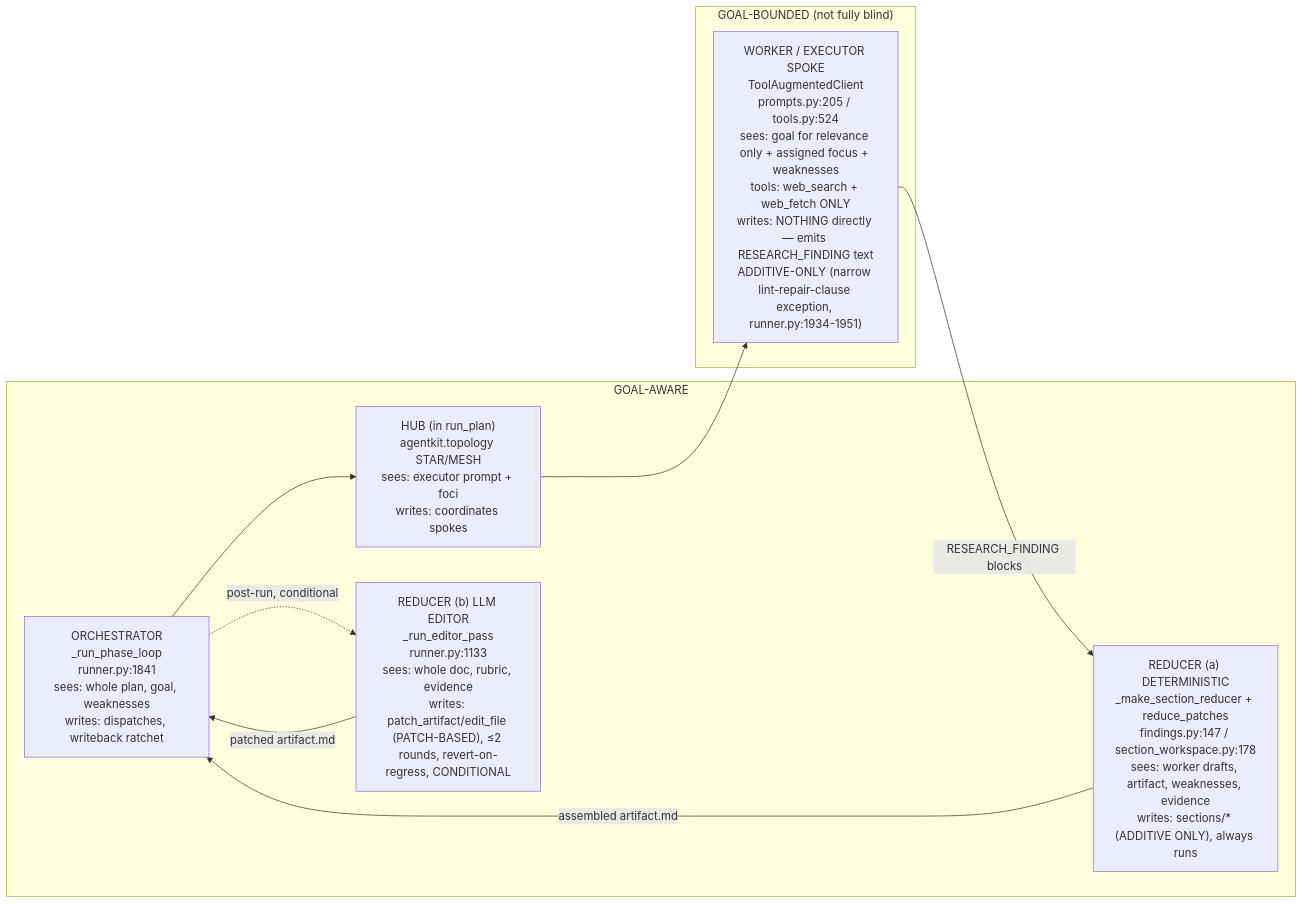
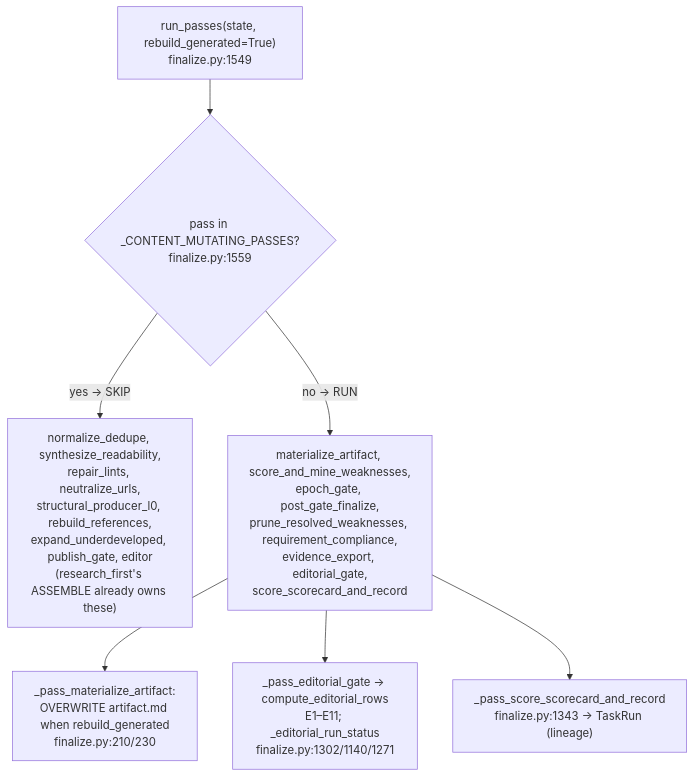
The seventh of 7 diagrams in agentkit-studio/ARCHITECTURE-doc-generation-pipeline.md (shaneliuyx/agentkit), drawn with Mermaid before and after one commit. The commit also changed other lines of this file and 1 other file, not shown here.

First line of the commit message:
docs: research_first-only architecture doc + codex-gate-clear plan status

````diff
--- a/agentkit-studio/ARCHITECTURE-doc-generation-pipeline.md
+++ b/agentkit-studio/ARCHITECTURE-doc-generation-pipeline.md
@@ -683,19 +276,9 @@
 ```mermaid
-flowchart LR
-    subgraph GA["GOAL-AWARE"]
-      ORCH["ORCHESTRATOR<br/>_run_phase_loop<br/>runner.py:1841<br/>sees: whole plan, goal, weaknesses<br/>writes: dispatches, writeback ratchet"]
-      HUB["HUB (in run_plan)<br/>agentkit.topology STAR/MESH<br/>sees: executor prompt + foci<br/>writes: coordinates spokes"]
-      REDA["REDUCER (a) DETERMINISTIC<br/>_make_section_reducer + reduce_patches<br/>findings.py:147 / section_workspace.py:178<br/>sees: worker drafts, artifact, weaknesses, evidence<br/>writes: sections/* (ADDITIVE ONLY), always runs"]
-      REDB["REDUCER (b) LLM EDITOR<br/>_run_editor_pass<br/>runner.py:1133<br/>sees: whole doc, rubric, evidence<br/>writes: patch_artifact/edit_file (PATCH-BASED), ≤2 rounds, revert-on-regress, CONDITIONAL"]
-    end
-    subgraph GB["GOAL-BOUNDED (not fully blind)"]
-      WORK["WORKER / EXECUTOR SPOKE<br/>ToolAugmentedClient<br/>prompts.py:205 / tools.py:524<br/>sees: goal for relevance only + assigned focus + weaknesses<br/>tools: web_search + web_fetch ONLY<br/>writes: NOTHING directly — emits RESEARCH_FINDING text<br/>ADDITIVE-ONLY (narrow lint-repair-clause exception, runner.py:1934-1951)"]
-    end
-
-    ORCH --> HUB
-    HUB --> WORK
-    WORK -->|RESEARCH_FINDING blocks| REDA
-    REDA -->|assembled artifact.md| ORCH
-    ORCH -.post-run, conditional.-> REDB
-    REDB -->|patched artifact.md| ORCH
+flowchart TD
+    P0["run_passes(state, rebuild_generated=True)<br/>finalize.py:1549"] --> P1{"pass in _CONTENT_MUTATING_PASSES?<br/>finalize.py:1559"}
+    P1 -->|yes → SKIP| SK["normalize_dedupe, synthesize_readability,<br/>repair_lints, neutralize_urls,<br/>structural_producer_l0, rebuild_references,<br/>expand_underdeveloped, publish_gate, editor<br/>(research_first's ASSEMBLE already owns these)"]
+    P1 -->|no → RUN| RUN["materialize_artifact, score_and_mine_weaknesses,<br/>epoch_gate, post_gate_finalize,<br/>prune_resolved_weaknesses, requirement_compliance,<br/>evidence_export, editorial_gate,<br/>score_scorecard_and_record"]
+    RUN --> M["_pass_materialize_artifact:<br/>OVERWRITE artifact.md when rebuild_generated<br/>finalize.py:210/230"]
+    RUN --> EG["_pass_editorial_gate → compute_editorial_rows<br/>E1–E11; _editorial_run_status<br/>finalize.py:1302/1140/1271"]
+    RUN --> SC["_pass_score_scorecard_and_record<br/>finalize.py:1343 → TaskRun (lineage)"]
 ```
````
